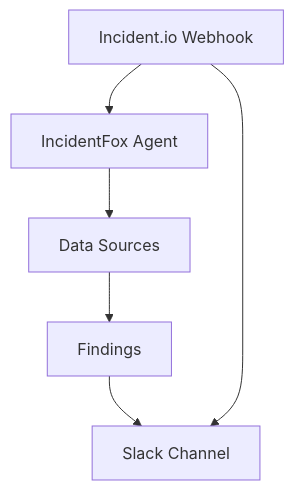
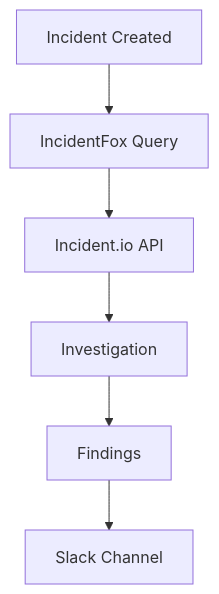
One commit to incidentfox/docs changed the diagram in integrations/incident-io.mdx. Above: the diagram before and after it, drawn with Mermaid. The commit also changed other lines of this file, not shown here.

First line of the commit message:
docs: update incident.io integration with video and API setup instructions (#9)

````diff
--- a/integrations/incident-io.mdx
+++ b/integrations/incident-io.mdx
@@ -60,8 +113,8 @@
 ```mermaid
 graph TD
-    A[Incident.io Webhook] --> B[IncidentFox Agent]
-    B --> C[Data Sources]
-    C --> D[Findings]
-    D --> E[Slack Channel]
-    A --> E
+    A[Incident Created] --> B[IncidentFox Query]
+    B --> C[Incident.io API]
+    C --> D[Investigation]
+    D --> E[Findings]
+    E --> F[Slack Channel]
 ```
````
